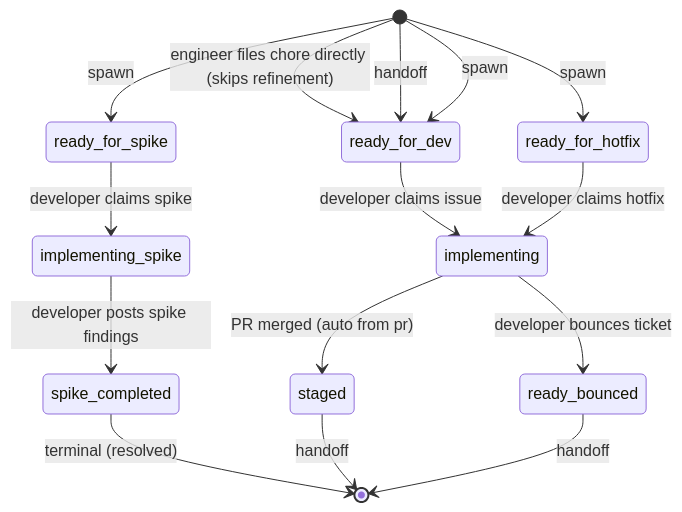
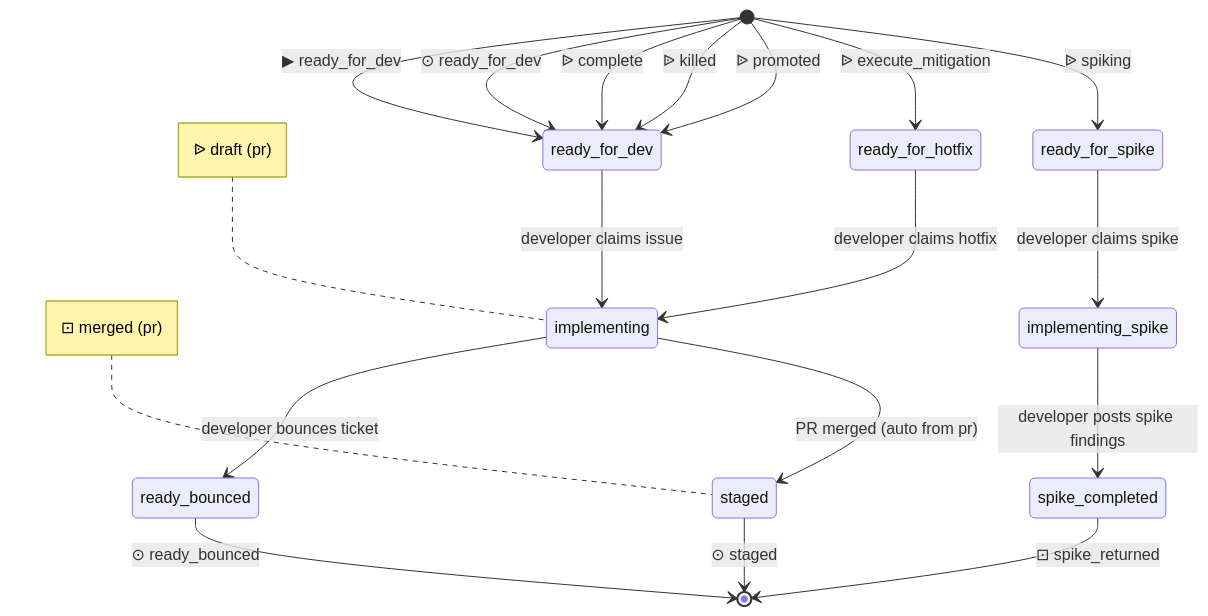
Before and after one commit to blemees/blemees-workflow: the diagram in examples/workflows/inner-loop-states.mermaid, drawn with Mermaid. The commit also changed 28 other files, not shown here.

```diff
--- a/examples/workflows/inner-loop-states.mermaid
+++ b/examples/workflows/inner-loop-states.mermaid
@@ -1,23 +1,32 @@
 stateDiagram-v2
     direction TB
     %% Cross-process interfaces:
     %%   Handoff: ready_for_dev (shared resting state)
     %%   Handoff: staged (shared resting state)
     %%   Handoff: ready_bounced (shared resting state)
     %%   Spawn:   implementing → process pr (issue_type=pr, initial=draft)
     %%
 
-    [*] --> ready_for_dev: engineer files chore directly (skips refinement)
+    [*] --> ready_for_dev: ▶ ready_for_dev
     ready_for_dev --> implementing: developer claims issue
     ready_for_spike --> implementing_spike: developer claims spike
     ready_for_hotfix --> implementing: developer claims hotfix
     implementing --> ready_bounced: developer bounces ticket
     implementing --> staged: PR merged (auto from pr)
     implementing_spike --> spike_completed: developer posts spike findings
-    spike_completed --> [*]: terminal (resolved)
-    [*] --> ready_for_dev: handoff
-    staged --> [*]: handoff
-    ready_bounced --> [*]: handoff
-    [*] --> ready_for_dev: spawn
-    [*] --> ready_for_hotfix: spawn
-    [*] --> ready_for_spike: spawn
+    spike_completed --> [*]: ⊡ spike_returned
+    [*] --> ready_for_dev: ⊙ ready_for_dev
+    staged --> [*]: ⊙ staged
+    ready_bounced --> [*]: ⊙ ready_bounced
+    [*] --> ready_for_dev: ᐉ complete
+    [*] --> ready_for_dev: ᐉ killed
+    [*] --> ready_for_dev: ᐉ promoted
+    [*] --> ready_for_hotfix: ᐉ execute_mitigation
+    [*] --> ready_for_spike: ᐉ spiking
+
+    note left of implementing
+        ᐉ draft (pr)
+    end note
+    note left of staged
+        ⊡ merged (pr)
+    end note
```
